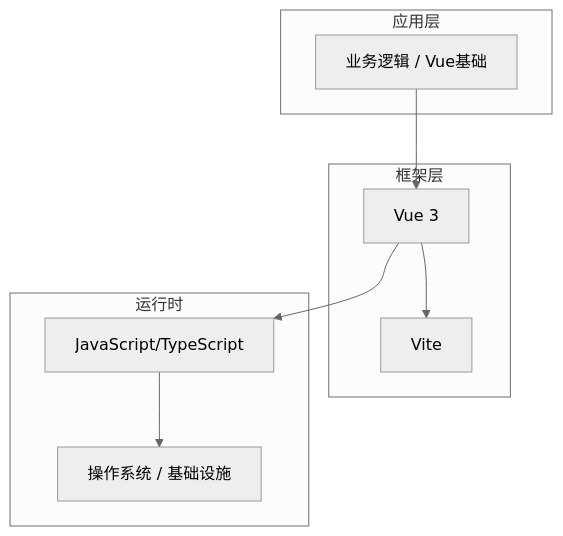
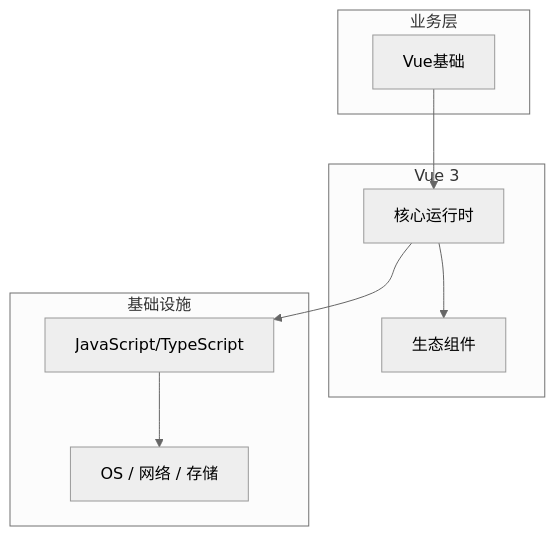
The diagram in articles/Vue/chapters/001-Vue基础核心概念与原理.md (yanggan2015/knowledge-json-v2), drawn with Mermaid (neutral theme) before and after one commit. The commit also changed other lines of this file and 10127 other files, not shown here.

````diff
--- a/articles/Vue/chapters/001-Vue基础核心概念与原理.md
+++ b/articles/Vue/chapters/001-Vue基础核心概念与原理.md
@@ -45,18 +34,18 @@
 ```mermaid
 graph TB
-    subgraph 应用层
-        A[业务逻辑 / Vue基础]
+    subgraph 业务层
+        A[Vue基础]
     end
-    subgraph 框架层
-        B[Vue 3]
-        C[Vite]
+    subgraph Vue 3
+        B[核心运行时]
+        C[生态组件]
     end
-    subgraph 运行时
+    subgraph 基础设施
         D[JavaScript/TypeScript]
-        E[操作系统 / 基础设施]
+        E[OS / 网络 / 存储]
     end
     A --> B
     B --> C
     B --> D
     D --> E
 ```
````
